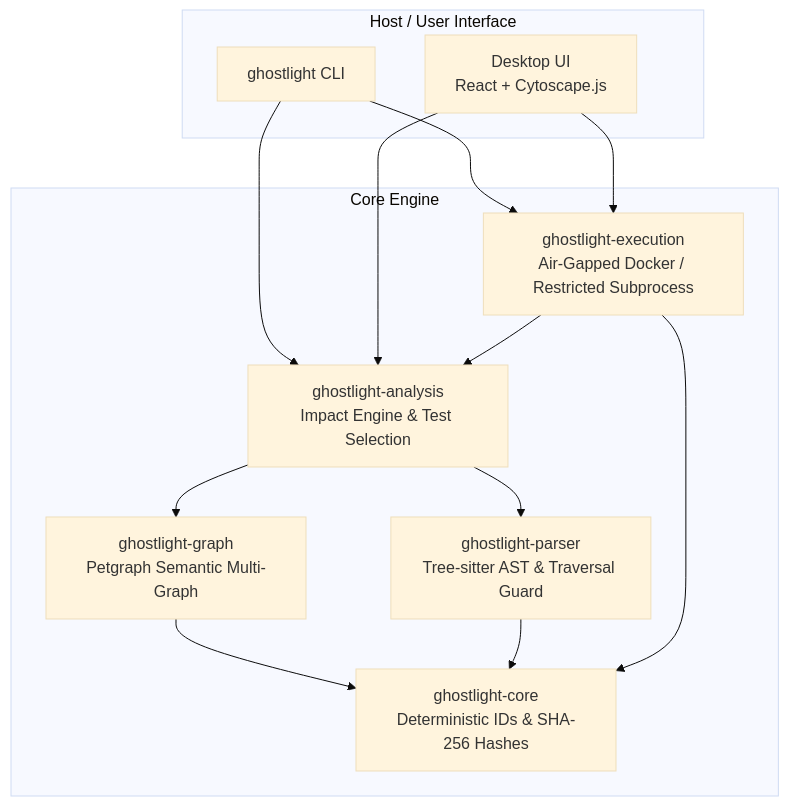
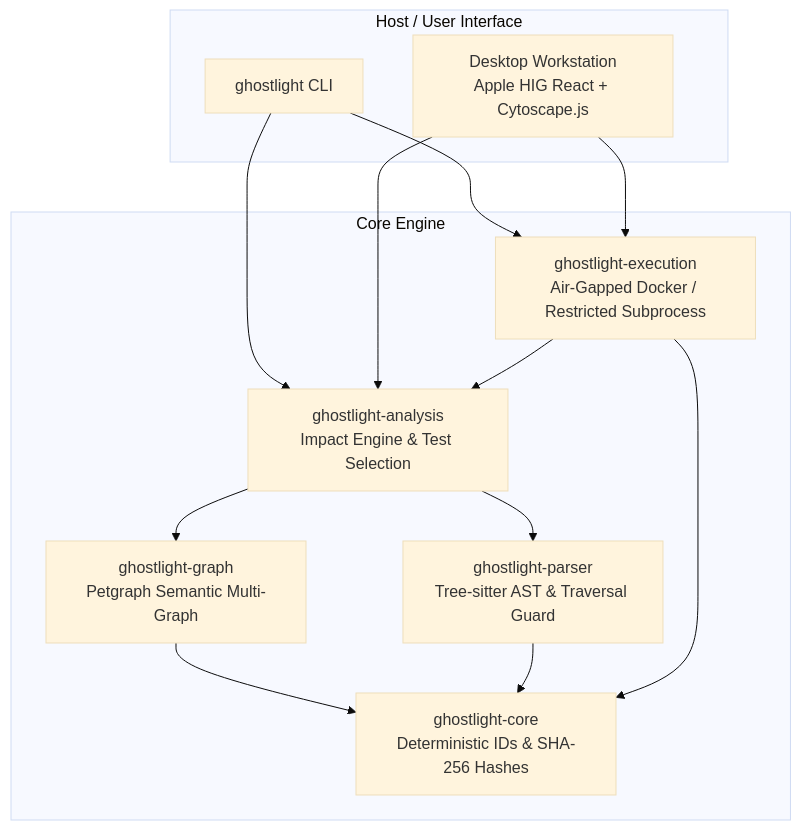
One commit to Kai-Kodes/GhostLight changed the diagram in README.md. Above: the diagram before and after it, drawn with Mermaid (base theme). The commit also changed other lines of this file and 11 other files, not shown here.

````diff
--- a/README.md
+++ b/README.md
@@ -25,26 +46,26 @@
 ```mermaid
 graph TD
     subgraph Host / User Interface
-        CLI[ghostlight CLI]
-        DESK[Desktop UI<br/>React + Cytoscape.js]
+        CLI["ghostlight CLI"]
+        DESK["Desktop Workstation<br/>Apple HIG React + Cytoscape.js"]
     end
 
     subgraph Core Engine
-        EXEC[ghostlight-execution<br/>Air-Gapped Docker / Restricted Subprocess]
-        ANALYSIS[ghostlight-analysis<br/>Impact Engine & Test Selection]
-        GRAPH[ghostlight-graph<br/>Petgraph Semantic Multi-Graph]
-        PARSER[ghostlight-parser<br/>Tree-sitter AST & Traversal Guard]
-        CORE[ghostlight-core<br/>Deterministic IDs & SHA-256 Hashes]
+        EXEC["ghostlight-execution<br/>Air-Gapped Docker / Restricted Subprocess"]
+        ANALYSIS["ghostlight-analysis<br/>Impact Engine & Test Selection"]
+        GRAPH["ghostlight-graph<br/>Petgraph Semantic Multi-Graph"]
+        PARSER["ghostlight-parser<br/>Tree-sitter AST & Traversal Guard"]
+        CORE["ghostlight-core<br/>Deterministic IDs & SHA-256 Hashes"]
     end
 
     CLI --> ANALYSIS
     DESK --> ANALYSIS
     CLI --> EXEC
     DESK --> EXEC
     ANALYSIS --> GRAPH
     ANALYSIS --> PARSER
     GRAPH --> CORE
     PARSER --> CORE
     EXEC --> ANALYSIS
     EXEC --> CORE
 ```
````
